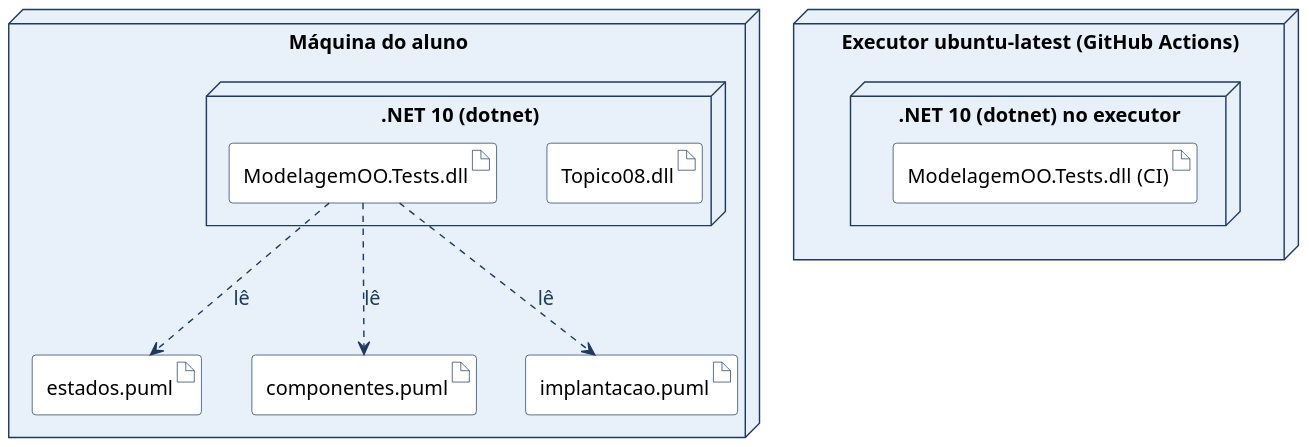
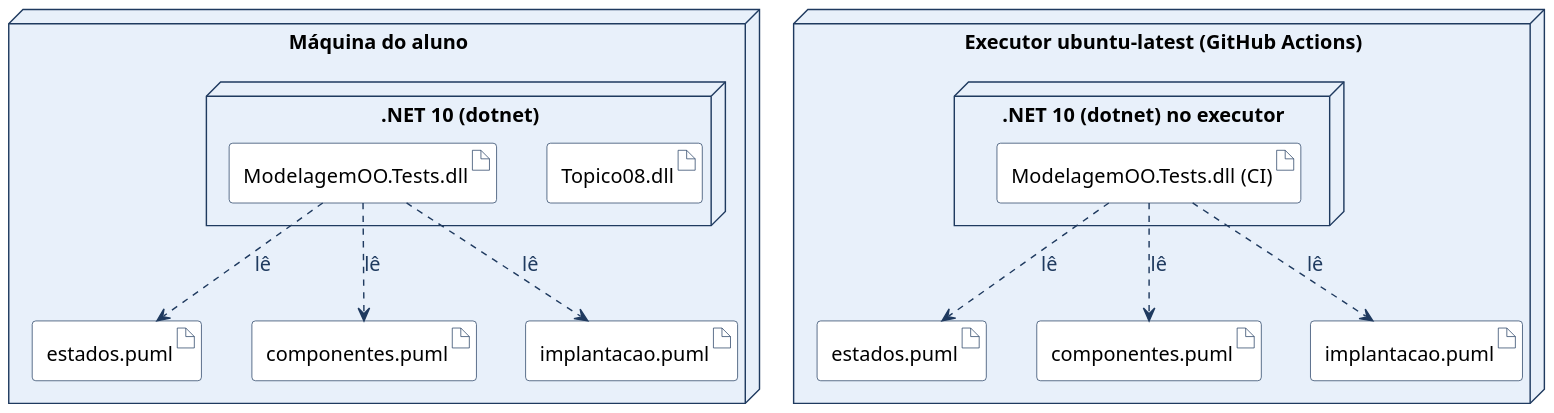
The diagram in topico-08-estados-componentes-implantacao/implantacao.puml (josercf/uninove-2026-2-ead-modelagem-oo), drawn with PlantUML before and after one commit. The commit also changed 2 other files, not shown here.

Commit message:
fix: implantação do tópico 08 desenha os .puml que os testes leem no executor da CI
O teste OsArtefatosDaImplantacaoExistemNoRepositorio passa a exigir, em cada nó
que roda ModelagemOO.Tests.dll, a sua cópia dos três .puml com a seta "lê".
README: título da Mudança 3 e pergunta da Mudança 2 no plural.

```diff
--- a/topico-08-estados-componentes-implantacao/implantacao.puml
+++ b/topico-08-estados-componentes-implantacao/implantacao.puml
@@ -1,40 +1,49 @@
 @startuml
 ' Diagrama de implantação, tópico 08: onde cada artefato roda hoje.
 ' Não há servidor de aplicação, banco de dados nem rede entre os nós: a biblioteca é
 ' um programa de console e uma suíte de testes executados na máquina de quem estuda,
 ' e a mesma suíte roda no executor da integração contínua do GitHub.
+' Os testes leem os três .puml do disco onde rodam. O actions/checkout leva ao executor
+' a mesma cópia do repositório, e por isso cada nó desenha os seus três arquivos.
+' Recorte: a figura omite os .dll dos outros tópicos, que ModelagemOO.Tests.dll carrega.
 ' O teste ComponentesEImplantacaoTests confere os artefatos abaixo contra os projetos do repositório.
 skinparam backgroundColor white
 skinparam dpi 150
 skinparam defaultFontName Arial
 skinparam defaultFontSize 14
 skinparam shadowing false
 skinparam ArrowColor #1F3A5F
 skinparam ArrowFontColor #1F3A5F
 skinparam NodeBorderColor #1F3A5F
 skinparam NodeBackgroundColor #E8F0FA
 skinparam NodeFontColor #000000
 skinparam ArtifactBorderColor #1F3A5F
 skinparam ArtifactBackgroundColor #FFFFFF
 skinparam ArtifactFontColor #000000
 
 node "Máquina do aluno" as aluno {
   node ".NET 10 (dotnet)" as runtime {
     artifact "Topico08.dll" as exe
     artifact "ModelagemOO.Tests.dll" as testes
   }
   artifact "estados.puml" as arq1
   artifact "componentes.puml" as arq2
   artifact "implantacao.puml" as arq3
 }
 
 node "Executor ubuntu-latest (GitHub Actions)" as ci {
   node ".NET 10 (dotnet) no executor" as runtimeci {
     artifact "ModelagemOO.Tests.dll (CI)" as testesci
   }
+  artifact "estados.puml" as ci1
+  artifact "componentes.puml" as ci2
+  artifact "implantacao.puml" as ci3
 }
 
 testes ..> arq1 : lê
 testes ..> arq2 : lê
 testes ..> arq3 : lê
+testesci ..> ci1 : lê
+testesci ..> ci2 : lê
+testesci ..> ci3 : lê
 @enduml
```
